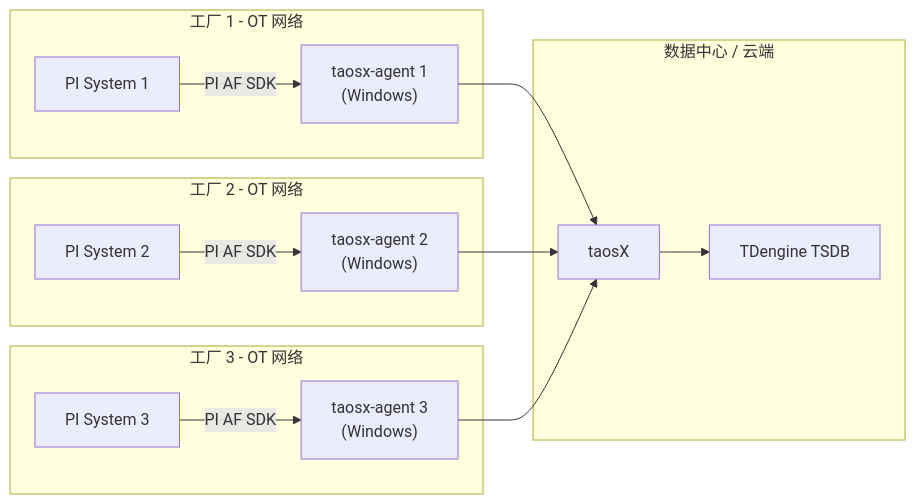
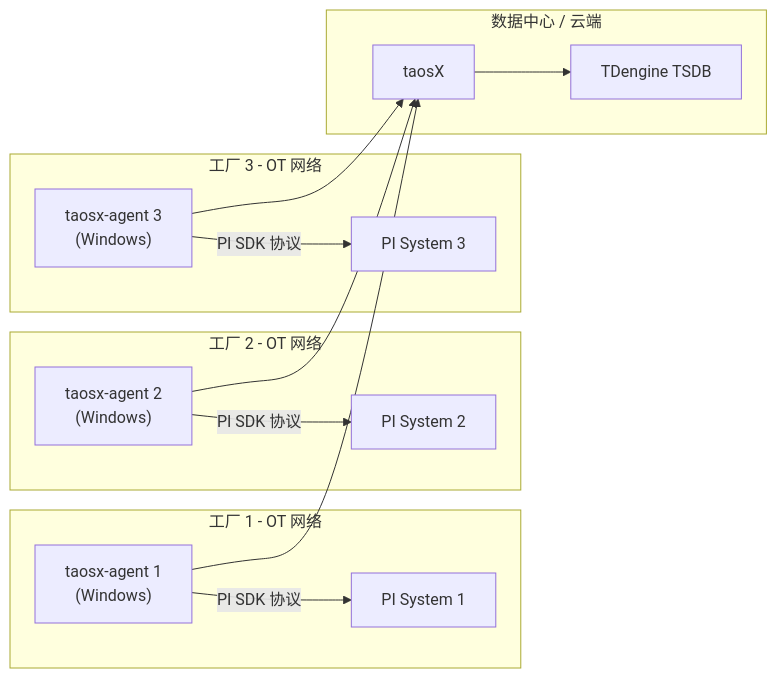
The third of 3 diagrams in docs/zh/06-advanced/05-data-in/03-pi/02-deployment-architecture.md (taosdata/TDengine), drawn with Mermaid before and after one commit. The commit also changed other lines of this file and 7 other files, not shown here.

````diff
--- a/docs/zh/06-advanced/05-data-in/03-pi/02-deployment-architecture.md
+++ b/docs/zh/06-advanced/05-data-in/03-pi/02-deployment-architecture.md
@@ -84,26 +84,26 @@
 ```mermaid
 graph LR
     subgraph Plant1["工厂 1 - OT 网络"]
         PI1["PI System 1"]
         AG1["taosx-agent 1<br/>(Windows)"]
     end
     subgraph Plant2["工厂 2 - OT 网络"]
         PI2["PI System 2"]
         AG2["taosx-agent 2<br/>(Windows)"]
     end
     subgraph Plant3["工厂 3 - OT 网络"]
         PI3["PI System 3"]
         AG3["taosx-agent 3<br/>(Windows)"]
     end
     subgraph DC["数据中心 / 云端"]
         TX["taosX"]
         TD["TDengine TSDB"]
     end
-    PI1 -- "PI AF SDK" --> AG1
-    PI2 -- "PI AF SDK" --> AG2
-    PI3 -- "PI AF SDK" --> AG3
+    AG1 -- "PI SDK 协议" --> PI1
+    AG2 -- "PI SDK 协议" --> PI2
+    AG3 -- "PI SDK 协议" --> PI3
     AG1 --> TX
     AG2 --> TX
     AG3 --> TX
     TX --> TD
 ```
````
